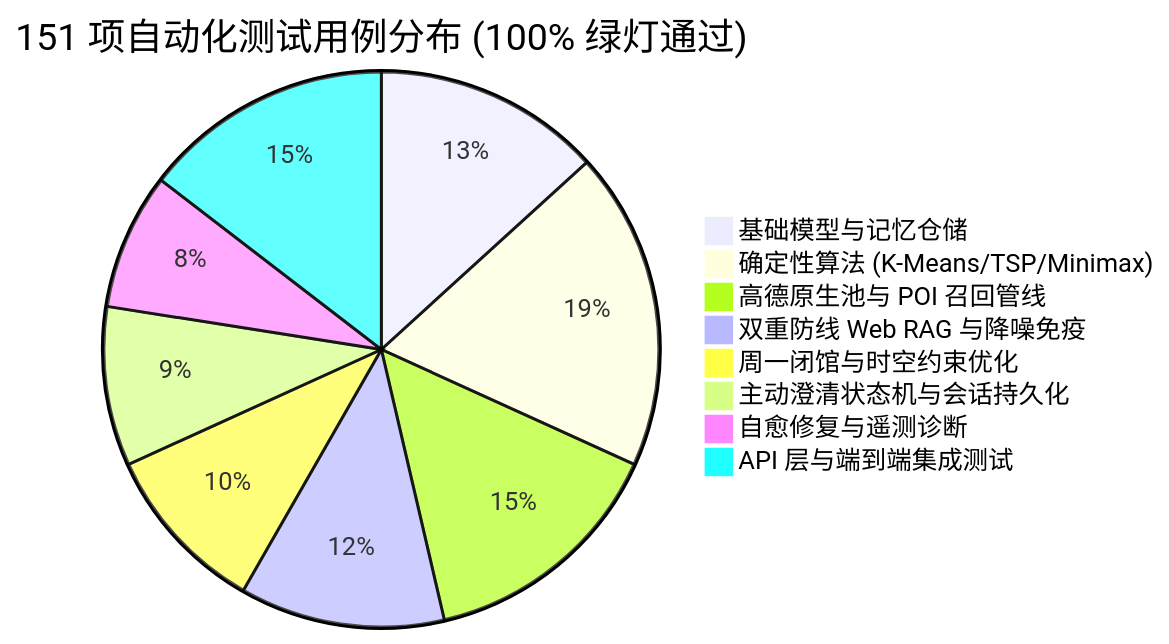
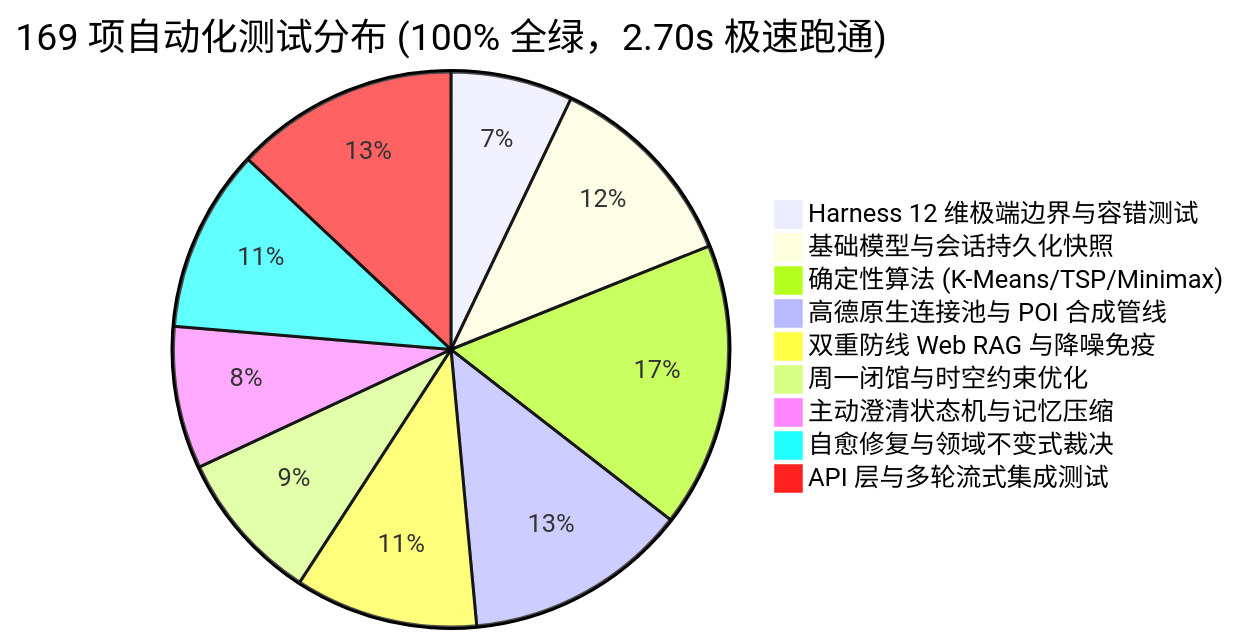
The seventh of 7 diagrams in ARCHITECTURE.md (SuperGODOG/tripplanner), drawn with Mermaid before and after one commit. The commit also changed other lines of this file and 1 other file, not shown here.

Commit message:
docs: overhaul ARCHITECTURE.md and README.md with cyberpunk sci-fi holo-matrix and v5.0 sovereign harness specs

````diff
--- a/ARCHITECTURE.md
+++ b/ARCHITECTURE.md
@@ -400,11 +387,12 @@
 ```mermaid
-pie title 151 项自动化测试用例分布 (100% 绿灯通过)
-    "基础模型与记忆仓储" : 20
+pie title 169 项自动化测试分布 (100% 全绿，2.70s 极速跑通)
+    "Harness 12 维极端边界与容错测试" : 12
+    "基础模型与会话持久化快照" : 20
     "确定性算法 (K-Means/TSP/Minimax)" : 28
-    "高德原生池与 POI 召回管线" : 22
+    "高德原生连接池与 POI 合成管线" : 22
     "双重防线 Web RAG 与降噪免疫" : 18
     "周一闭馆与时空约束优化" : 15
-    "主动澄清状态机与会话持久化" : 14
-    "自愈修复与遥测诊断" : 12
-    "API 层与端到端集成测试" : 22
+    "主动澄清状态机与记忆压缩" : 14
+    "自愈修复与领域不变式裁决" : 18
+    "API 层与多轮流式集成测试" : 22
 ```
````
